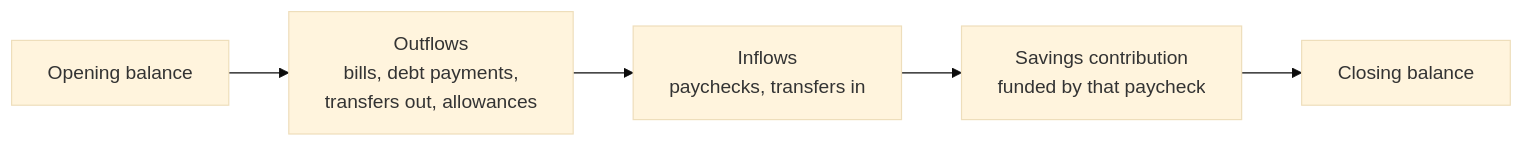
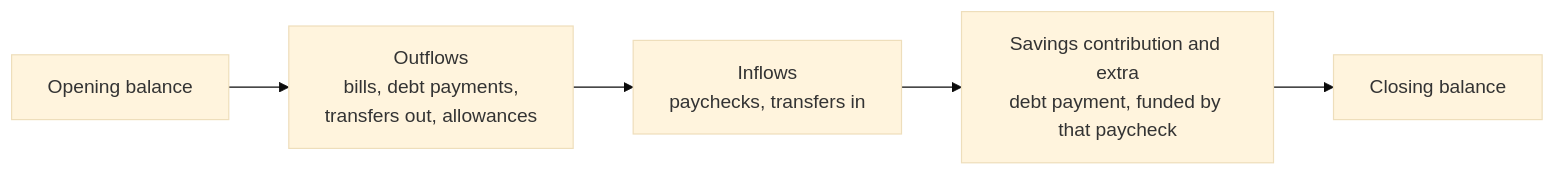
The second of 2 diagrams in docs/financial-models/cash-flow.md (hazeliscoding/mossmint), drawn with Mermaid (base theme) before and after one commit. The commit also changed other lines of this file and 6 other files, not shown here.

First line of the commit message:
feat(engine): find the largest extra payment that keeps cash above the cushion

````diff
--- a/docs/financial-models/cash-flow.md
+++ b/docs/financial-models/cash-flow.md
@@ -42,4 +43,4 @@
 ```mermaid
 flowchart LR
-    open["Opening balance"] --> out["Outflows<br/>bills, debt payments,<br/>transfers out, allowances"] --> in["Inflows<br/>paychecks, transfers in"] --> save["Savings contribution<br/>funded by that paycheck"] --> close["Closing balance"]
+    open["Opening balance"] --> out["Outflows<br/>bills, debt payments,<br/>transfers out, allowances"] --> in["Inflows<br/>paychecks, transfers in"] --> save["Savings contribution and extra<br/>debt payment, funded by that paycheck"] --> close["Closing balance"]
 ```
````
